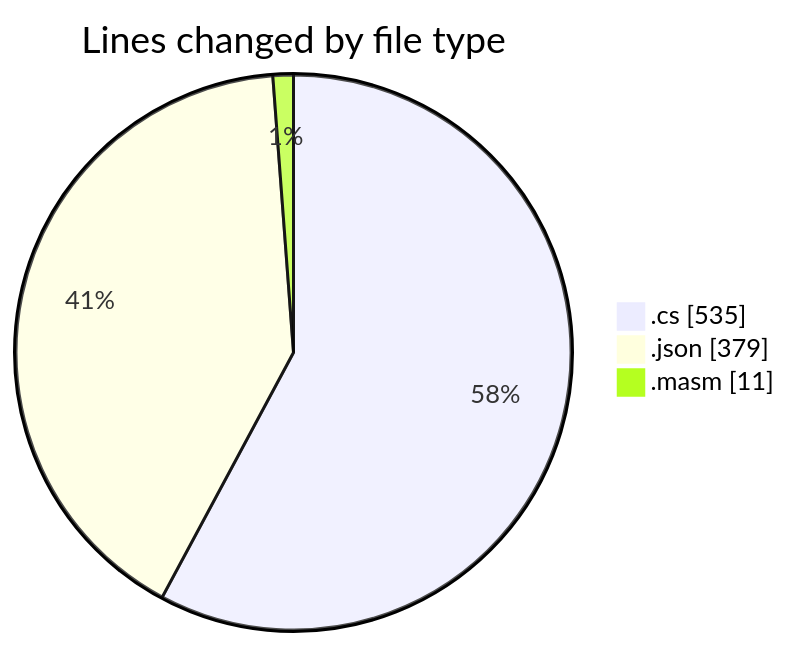
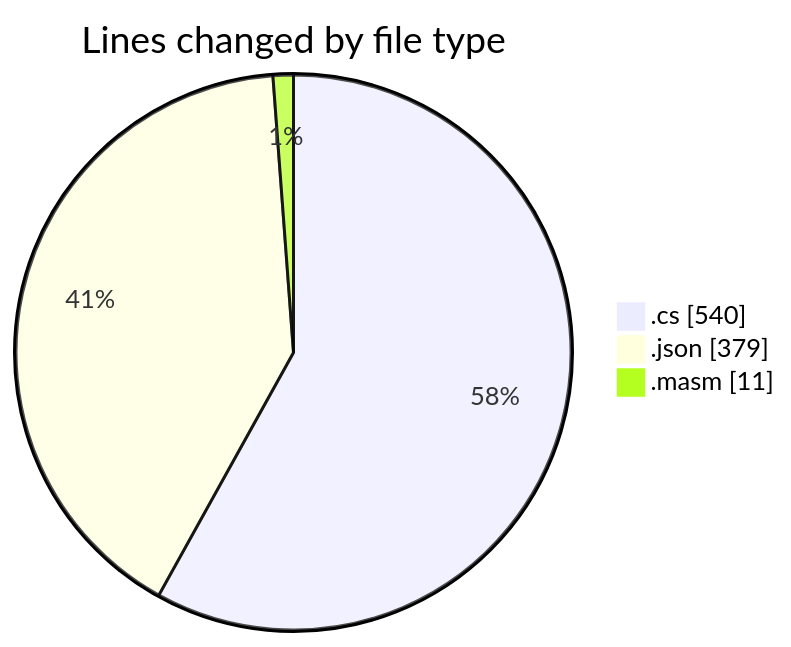
The first of 2 diagrams in 2025-03-15/sharpmasm/README.md (charlie-sans/code-tracking), drawn with Mermaid before and after one commit. The commit also changed other lines of this file and 1 other file, not shown here.

````diff
--- a/2025-03-15/sharpmasm/README.md
+++ b/2025-03-15/sharpmasm/README.md
@@ -27,7 +27,7 @@
 ```mermaid
 pie showData
 title Lines changed by file type
-".cs" : 535
+".cs" : 540
 ".json" : 379
 ".masm" : 11
 ```
````
